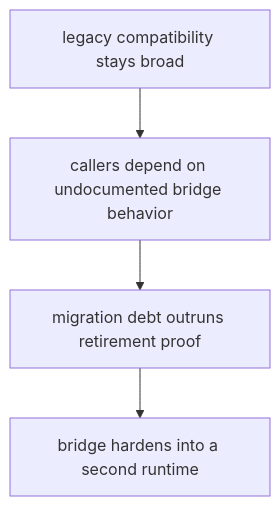
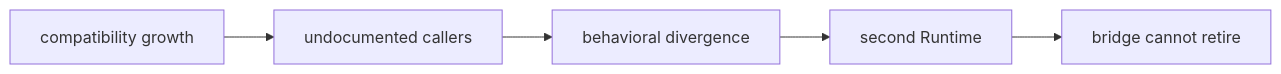
Before and after one commit to bijux/bijux-proteomics: the diagram in docs/02-agentic-proteins/quality/risk-register.md, drawn with Mermaid. The commit also changed other lines of this file and 2 other files, not shown here.

Commit message:
docs(compatibility): expose import and retirement risks

````diff
--- a/docs/02-agentic-proteins/quality/risk-register.md
+++ b/docs/02-agentic-proteins/quality/risk-register.md
@@ -18,11 +27,7 @@
 ```mermaid
-flowchart TB
-    compatibility["legacy compatibility stays broad"]
-    undocumented["callers depend on undocumented bridge behavior"]
-    debt["migration debt outruns retirement proof"]
-    hardening["bridge hardens into a second runtime"]
-
-    compatibility --> undocumented
-    undocumented --> debt
-    debt --> hardening
+flowchart LR
+    C["compatibility growth"] --> U["undocumented callers"]
+    U --> D["behavioral divergence"]
+    D --> S["second Runtime"]
+    S --> P["bridge cannot retire"]
 ```
````
